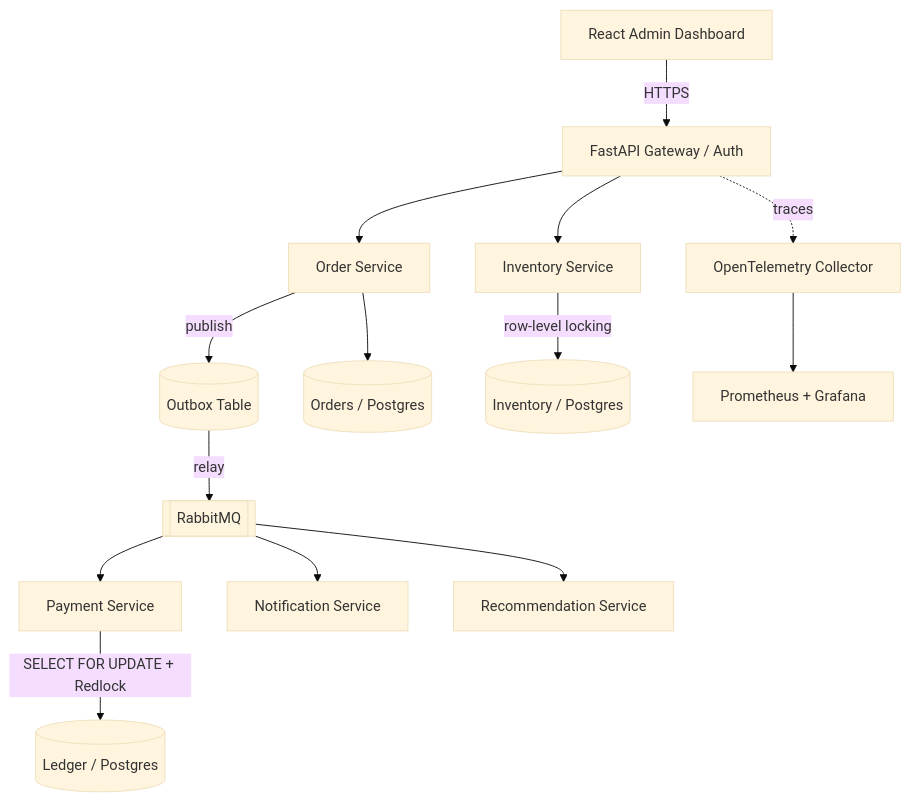
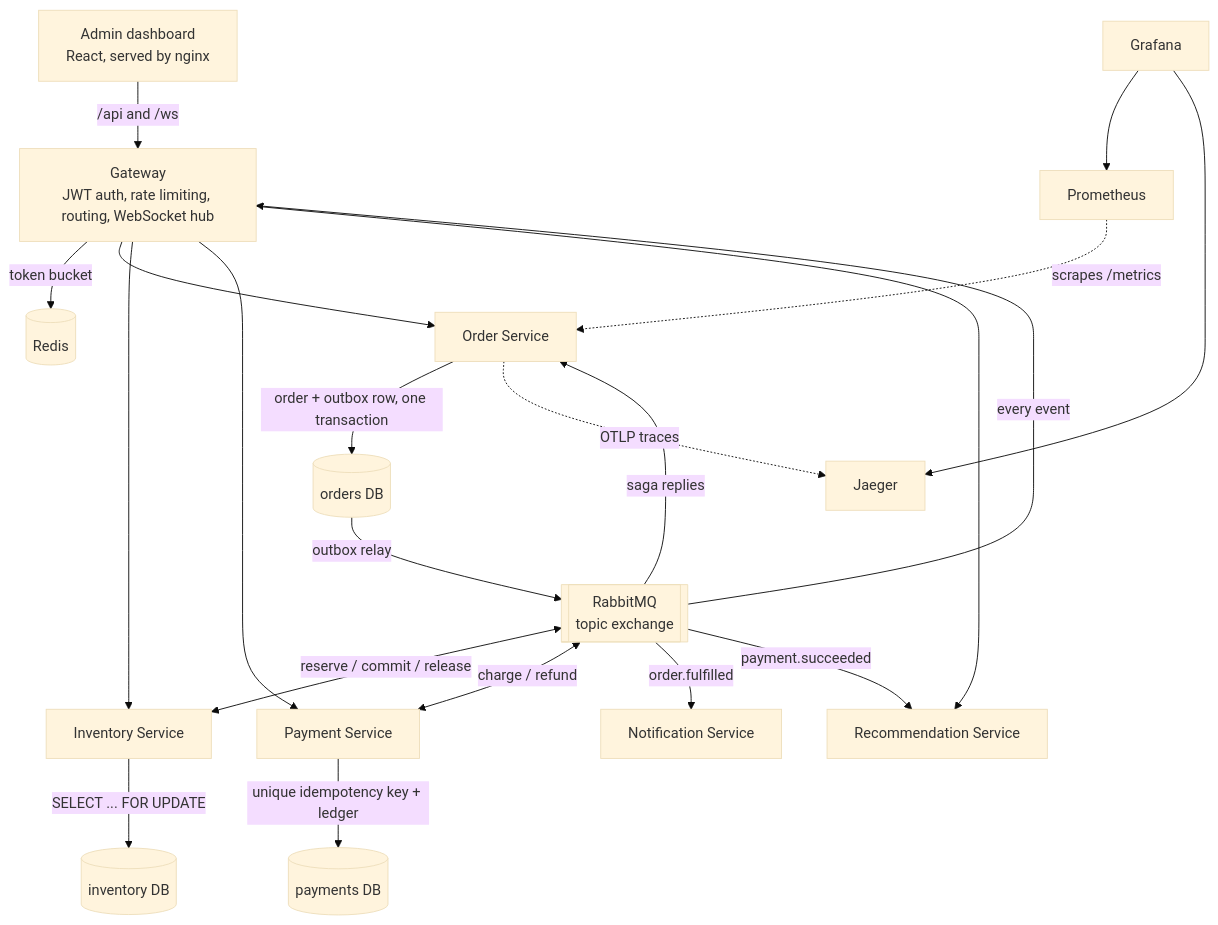
Before and after one commit to koushikrams29/distributed-commerce-payments-engine: the diagram in README.md, drawn with Mermaid (base theme). The commit also changed other lines of this file and 64 other files, not shown here.

````diff
--- a/README.md
+++ b/README.md
@@ -20,16 +21,23 @@
 ```mermaid
 graph TD
-    Client[React Admin Dashboard] -->|HTTPS| Gateway[FastAPI Gateway / Auth]
+    Browser[Admin dashboard<br/>React, served by nginx] -->|/api and /ws| Gateway[Gateway<br/>JWT auth, rate limiting, routing, WebSocket hub]
+    Gateway -->|token bucket| Redis[(Redis)]
     Gateway --> OrderSvc[Order Service]
     Gateway --> InventorySvc[Inventory Service]
-    OrderSvc -->|publish| Outbox[(Outbox Table)]
-    Outbox -->|relay| Broker[[RabbitMQ]]
-    Broker --> PaymentSvc[Payment Service]
-    Broker --> NotificationSvc[Notification Service]
-    Broker --> RecoSvc[Recommendation Service]
-    PaymentSvc -->|SELECT FOR UPDATE + Redlock| Ledger[(Ledger / Postgres)]
-    InventorySvc -->|row-level locking| InvDB[(Inventory / Postgres)]
-    OrderSvc --> OrderDB[(Orders / Postgres)]
-    Gateway -. traces .-> OTel[OpenTelemetry Collector]
-    OTel --> Grafana[Prometheus + Grafana]
+    Gateway --> PaymentSvc[Payment Service]
+    Gateway --> RecoSvc[Recommendation Service]
+    OrderSvc -->|order + outbox row, one transaction| OrderDB[(orders DB)]
+    OrderDB -->|outbox relay| MQ[[RabbitMQ<br/>topic exchange]]
+    MQ <-->|reserve / commit / release| InventorySvc
+    MQ <-->|charge / refund| PaymentSvc
+    MQ -->|saga replies| OrderSvc
+    MQ -->|order.fulfilled| NotificationSvc[Notification Service]
+    MQ -->|payment.succeeded| RecoSvc
+    MQ -->|every event| Gateway
+    InventorySvc -->|SELECT ... FOR UPDATE| InvDB[(inventory DB)]
+    PaymentSvc -->|unique idempotency key + ledger| PayDB[(payments DB)]
+    OrderSvc -. OTLP traces .-> Jaeger[Jaeger]
+    Prometheus[Prometheus] -. scrapes /metrics .-> OrderSvc
+    Grafana[Grafana] --> Prometheus
+    Grafana --> Jaeger
 ```
````
